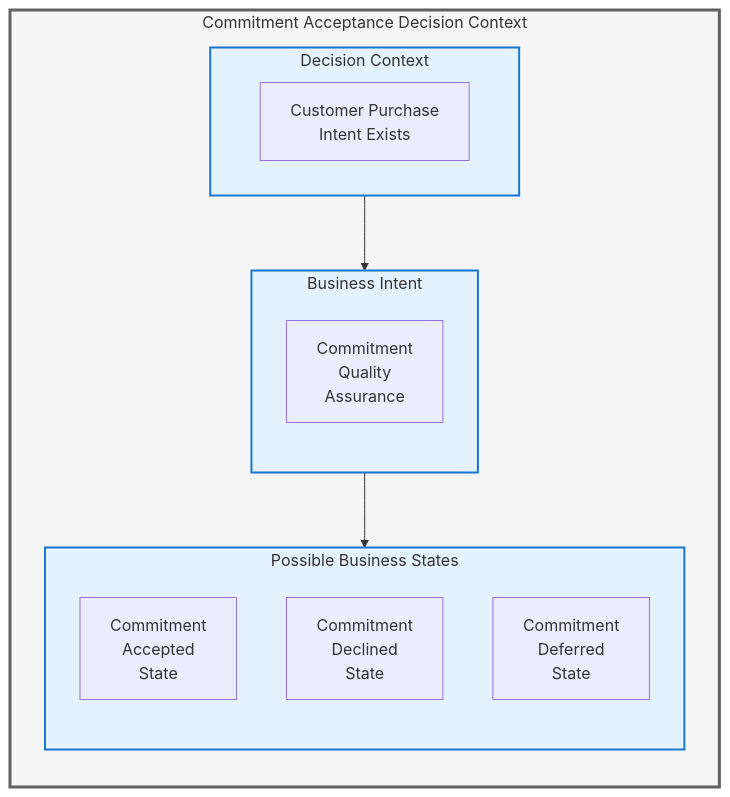
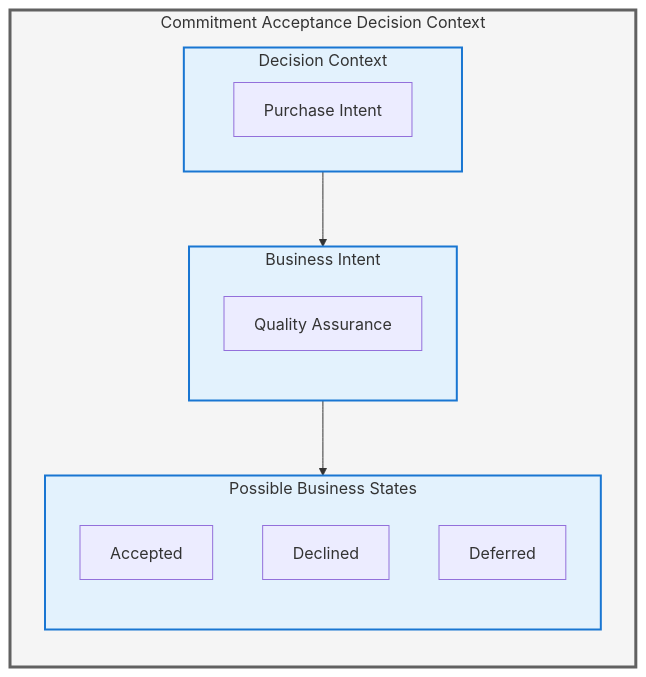
Before and after one commit to Evilazaro/Azure-LogicApps-Monitoring: the fourth of 7 diagrams in docs/architecture/01-business-architecture.md, drawn with Mermaid. The commit also changed other lines of this file, not shown here.

Commit message:
Refactor Business Architecture document: simplify terminology in diagrams for clarity and consistency

````diff
--- a/docs/architecture/01-business-architecture.md
+++ b/docs/architecture/01-business-architecture.md
@@ -548,32 +548,32 @@
 ```mermaid
 flowchart TB
     subgraph Commitment_Decision["Commitment Acceptance Decision Context"]
         direction TB
 
         subgraph Context["Decision Context"]
             direction LR
-            DC["Customer Purchase<br/>Intent Exists"]
+            DC["Purchase Intent"]
         end
 
         subgraph Intent["Business Intent"]
             direction TB
-            BI["Commitment<br/>Quality<br/>Assurance"]
+            BI["Quality Assurance"]
         end
 
         subgraph Outcomes["Possible Business States"]
             direction TB
-            O1["Commitment<br/>Accepted<br/>State"]
-            O2["Commitment<br/>Declined<br/>State"]
-            O3["Commitment<br/>Deferred<br/>State"]
+            O1["Accepted"]
+            O2["Declined"]
+            O3["Deferred"]
         end
 
         Context --> Intent
         Intent --> Outcomes
     end
 
     classDef level1 fill:#f5f5f5,stroke:#616161,stroke-width:3px
     classDef level2 fill:#e3f2fd,stroke:#1976d2,stroke-width:2px
 
     class Commitment_Decision level1
     class Context,Intent,Outcomes level2
 ```
````
